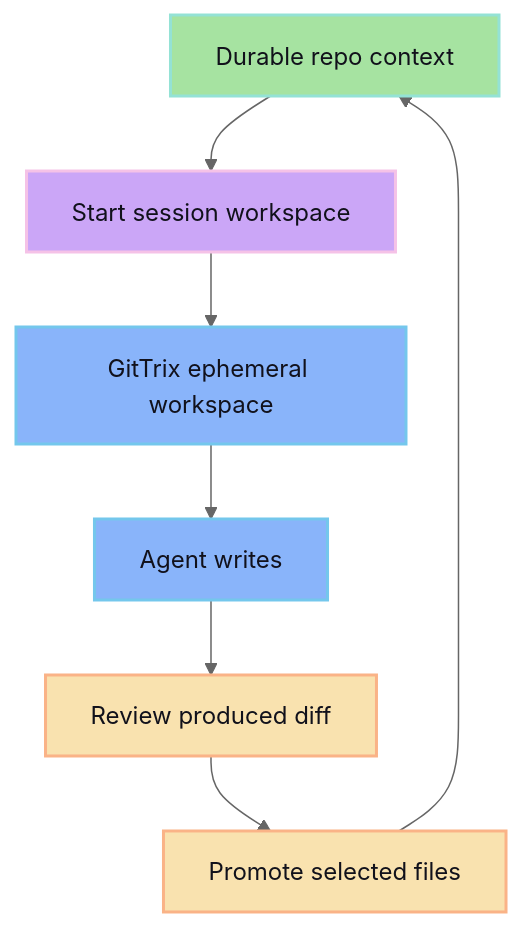
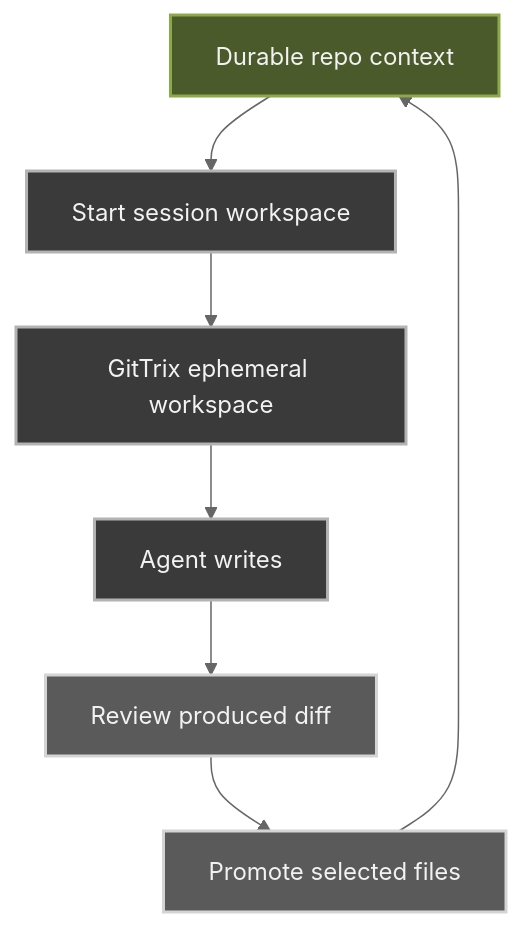
The diagram in src/content/docs/guides/gittrix-integration.md (cloudboy-jh/glib-code-docs), drawn with Mermaid (neutral theme) before and after one commit. The commit also changed 15 other files, not shown here.

````diff
--- a/src/content/docs/guides/gittrix-integration.md
+++ b/src/content/docs/guides/gittrix-integration.md
@@ -15,19 +15,19 @@
 ```mermaid
 flowchart TD
   Durable["Durable repo context"] --> Start["Start session workspace"]
   Start --> Ephemeral["GitTrix ephemeral workspace"]
   Ephemeral --> Agent["Agent writes"]
   Agent --> Diff["Review produced diff"]
   Diff --> Promote["Promote selected files"]
   Promote --> Durable
 
-  classDef glib fill:#cba6f7,stroke:#f5c2e7,color:#11111b,stroke-width:2px
-  classDef gittrix fill:#89b4fa,stroke:#74c7ec,color:#11111b,stroke-width:2px
-  classDef review fill:#f9e2af,stroke:#fab387,color:#11111b,stroke-width:2px
-  classDef durable fill:#a6e3a1,stroke:#94e2d5,color:#11111b,stroke-width:2px
+  classDef glib fill:#3a3a3a,stroke:#b3b3b3,color:#f2f2f2,stroke-width:2px
+  classDef gittrix fill:#3a3a3a,stroke:#b3b3b3,color:#f2f2f2,stroke-width:2px
+  classDef review fill:#5a5a5a,stroke:#d4d4d4,color:#f2f2f2,stroke-width:2px
+  classDef durable fill:#4a5a2a,stroke:#8aaa4a,color:#f2f2f2,stroke-width:2px
 
   class Start glib
   class Ephemeral,Agent gittrix
   class Diff,Promote review
   class Durable durable
 ```
````
